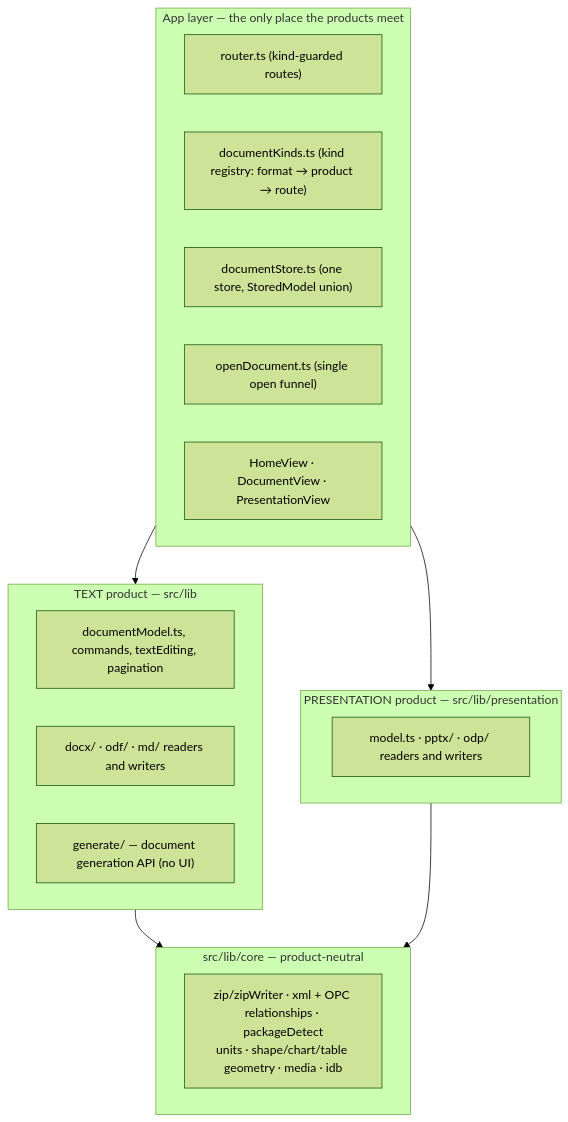
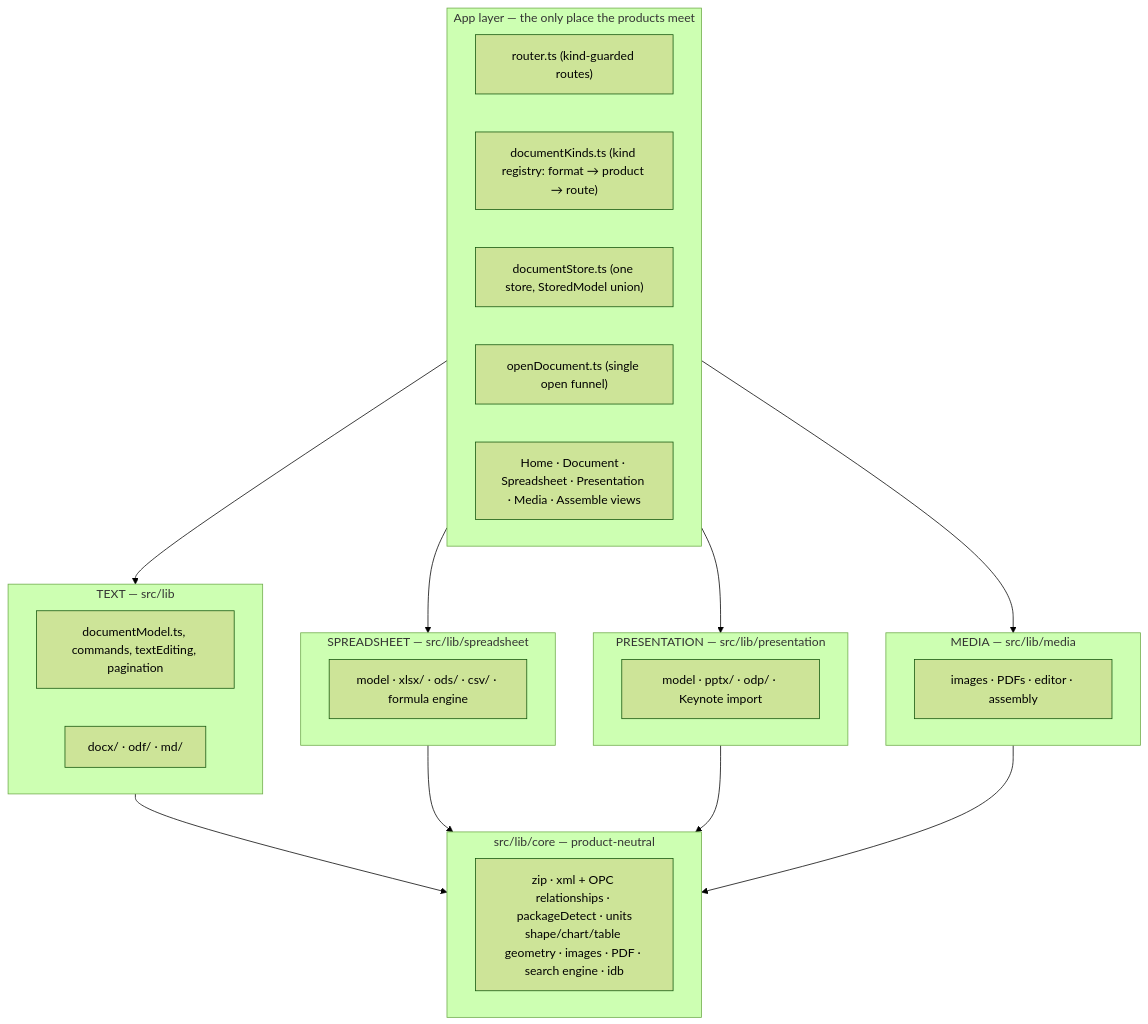
The first of 2 diagrams in README.md (mdzunic/docu-edit), drawn with Mermaid (forest theme) before and after one commit. The commit also changed other lines of this file and 3 other files, not shown here.

First line of the commit message:
README: bring it up to date — spreadsheets, images and PDFs, Labs

````diff
--- a/README.md
+++ b/README.md
@@ -110,25 +212,34 @@
 ```mermaid
 flowchart TB
     subgraph app["App layer — the only place the products meet"]
         Router["router.ts (kind-guarded routes)"]
         Kinds["documentKinds.ts (kind registry: format → product → route)"]
         Store["documentStore.ts (one store, StoredModel union)"]
         Open["openDocument.ts (single open funnel)"]
-        Views["HomeView · DocumentView · PresentationView"]
+        Views["Home · Document · Spreadsheet · Presentation · Media · Assemble views"]
     end
-    subgraph text["TEXT product — src/lib"]
+    subgraph text["TEXT — src/lib"]
         Model["documentModel.ts, commands, textEditing, pagination"]
-        Formats["docx/ · odf/ · md/ readers and writers"]
-        Gen["generate/ — document generation API (no UI)"]
+        Formats["docx/ · odf/ · md/"]
     end
-    subgraph pres["PRESENTATION product — src/lib/presentation"]
-        PModel["model.ts · pptx/ · odp/ readers and writers"]
+    subgraph sheet["SPREADSHEET — src/lib/spreadsheet"]
+        SModel["model · xlsx/ · ods/ · csv/ · formula engine"]
+    end
+    subgraph pres["PRESENTATION — src/lib/presentation"]
+        PModel["model · pptx/ · odp/ · Keynote import"]
+    end
+    subgraph media["MEDIA — src/lib/media"]
+        MModel["images · PDFs · editor · assembly"]
     end
     subgraph core["src/lib/core — product-neutral"]
-        CoreBits["zip/zipWriter · xml + OPC relationships · packageDetect<br/>units · shape/chart/table geometry · media · idb"]
+        CoreBits["zip · xml + OPC relationships · packageDetect · units<br/>shape/chart/table geometry · images · PDF · search engine · idb"]
     end
     app --> text
+    app --> sheet
     app --> pres
+    app --> media
     text --> core
+    sheet --> core
     pres --> core
+    media --> core
 ```
````
